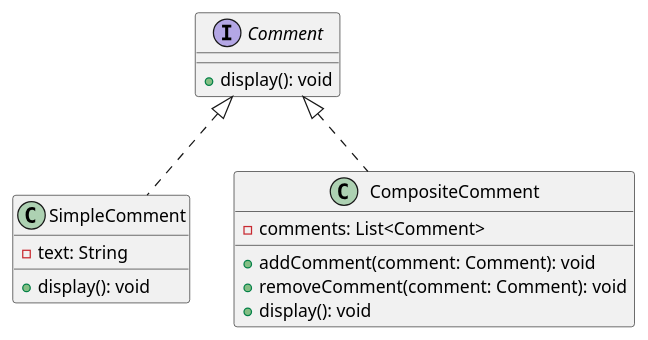
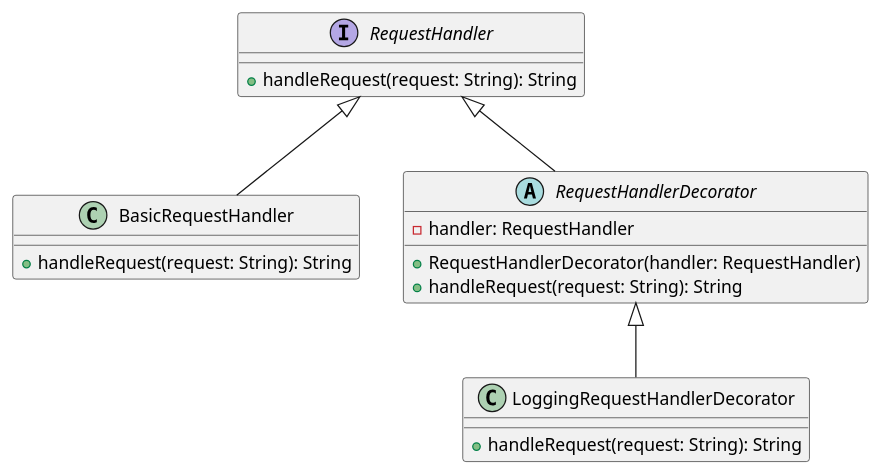
One commit to andrewovchinnikov/design-patterns changed the diagram in klassifikaciya-patternov/structural-patterns/dekorator-decorator/primery/logirovanie-zaprosov/php.md. Above: the diagram before and after it, drawn with PlantUML. The commit also changed other lines of this file and 1 other file, not shown here.

````diff
--- a/klassifikaciya-patternov/structural-patterns/dekorator-decorator/primery/logirovanie-zaprosov/php.md
+++ b/klassifikaciya-patternov/structural-patterns/dekorator-decorator/primery/logirovanie-zaprosov/php.md
@@ -10,20 +99,25 @@
 ```plantuml
 @startuml
-interface Comment {
-    +display(): void
+interface RequestHandler {
+    +handleRequest(request: String): String
 }
 
-class SimpleComment implements Comment {
-    -text: String
-    +display(): void
+class BasicRequestHandler {
+    +handleRequest(request: String): String
 }
 
-class CompositeComment implements Comment {
-    -comments: List<Comment>
-    +addComment(comment: Comment): void
-    +removeComment(comment: Comment): void
-    +display(): void
+abstract class RequestHandlerDecorator {
+    -handler: RequestHandler
+    +RequestHandlerDecorator(handler: RequestHandler)
+    +handleRequest(request: String): String
 }
+
+class LoggingRequestHandlerDecorator {
+    +handleRequest(request: String): String
+}
+
+RequestHandler <|-- BasicRequestHandler
+RequestHandler <|-- RequestHandlerDecorator
+RequestHandlerDecorator <|-- LoggingRequestHandlerDecorator
 @enduml
-
 ```
````
